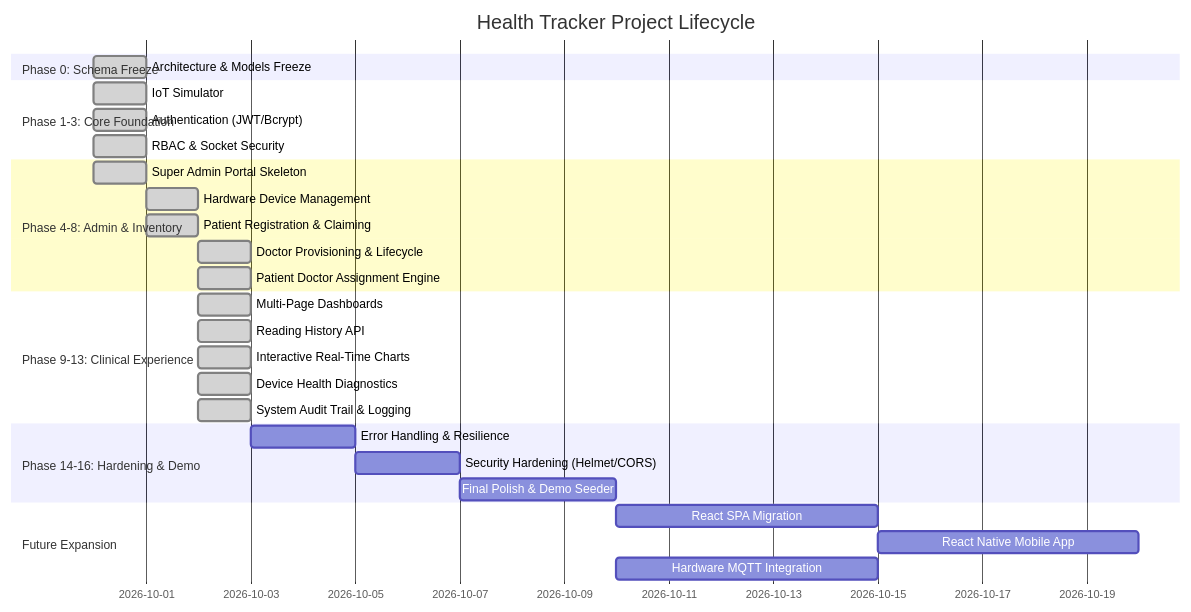
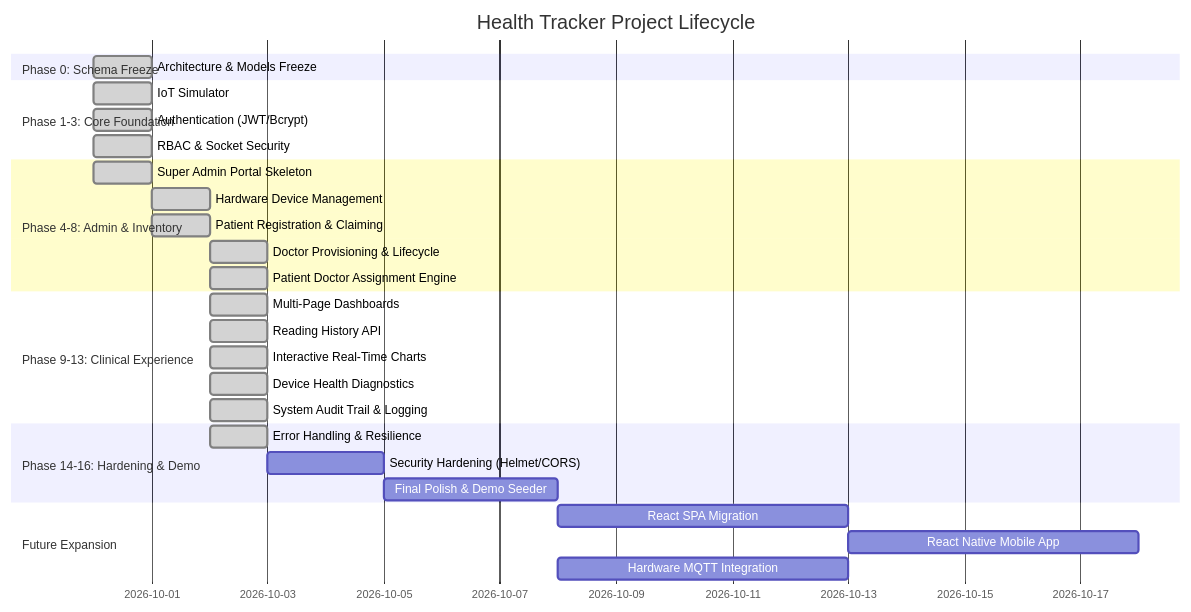
The diagram in doc/HEALTH_TRACKER_PROGRESS.md (Rishi-Dev-pro/med-p), drawn with Mermaid before and after one commit. The commit also changed other lines of this file and 14 other files, not shown here.

Commit message:
feat(phase-14): error handling, edge cases and system robustness

````diff
--- a/doc/HEALTH_TRACKER_PROGRESS.md
+++ b/doc/HEALTH_TRACKER_PROGRESS.md
@@ -24,31 +24,31 @@
 ```mermaid
 gantt
     title Health Tracker Project Lifecycle
     dateFormat  YYYY-MM-DD
     section Phase 0: Schema Freeze
     Architecture & Models Freeze       :done, p0, 2026-09-30, 1d
     section Phase 1-3: Core Foundation
     IoT Simulator                     :done, p1, 2026-09-30, 1d
     Authentication (JWT/Bcrypt)       :done, p2, 2026-09-30, 1d
     RBAC & Socket Security            :done, p3, 2026-09-30, 1d
     section Phase 4-8: Admin & Inventory
     Super Admin Portal Skeleton       :done, p4, 2026-09-30, 1d
     Hardware Device Management        :done, p5, 2026-10-01, 1d
     Patient Registration & Claiming   :done, p6, 2026-10-01, 1d
     Doctor Provisioning & Lifecycle   :done, p7, 2026-10-02, 1d
     Patient Doctor Assignment Engine  :done, p8, 2026-10-02, 1d
     section Phase 9-13: Clinical Experience
     Multi-Page Dashboards             :done, p9, 2026-10-02, 1d
     Reading History API               :done, p10, 2026-10-02, 1d
     Interactive Real-Time Charts      :done, p11, 2026-10-02, 1d
     Device Health Diagnostics         :done, p12, 2026-10-02, 1d
     System Audit Trail & Logging      :done, p13, 2026-10-02, 1d
     section Phase 14-16: Hardening & Demo
-    Error Handling & Resilience       :p14, after p13, 2d
+    Error Handling & Resilience       :done, p14, 2026-10-02, 1d
     Security Hardening (Helmet/CORS)  :p15, after p14, 2d
     Final Polish & Demo Seeder        :p16, after p15, 3d
     section Future Expansion
     React SPA Migration               :p17, after p16, 5d
     React Native Mobile App           :p18, after p17, 5d
     Hardware MQTT Integration         :p19, after p16, 5d
 ```
````
